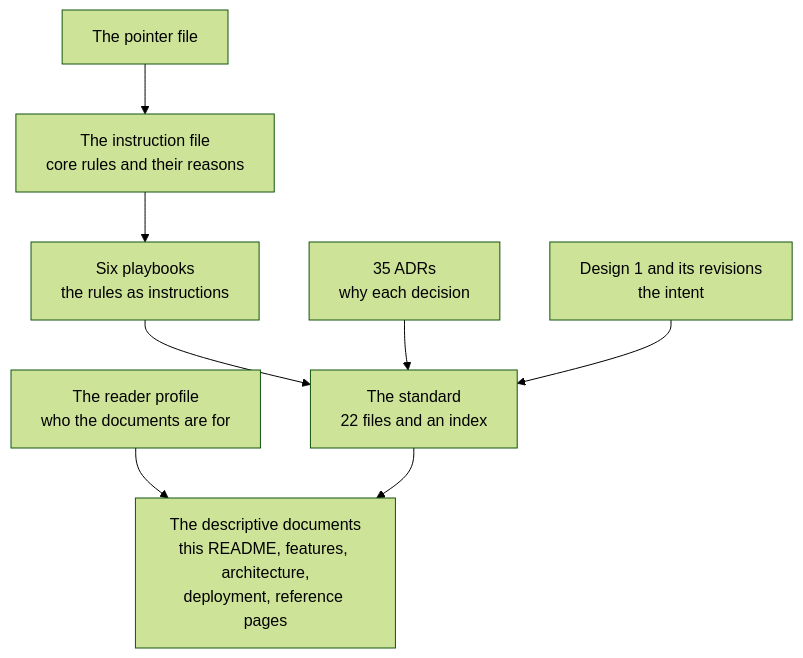
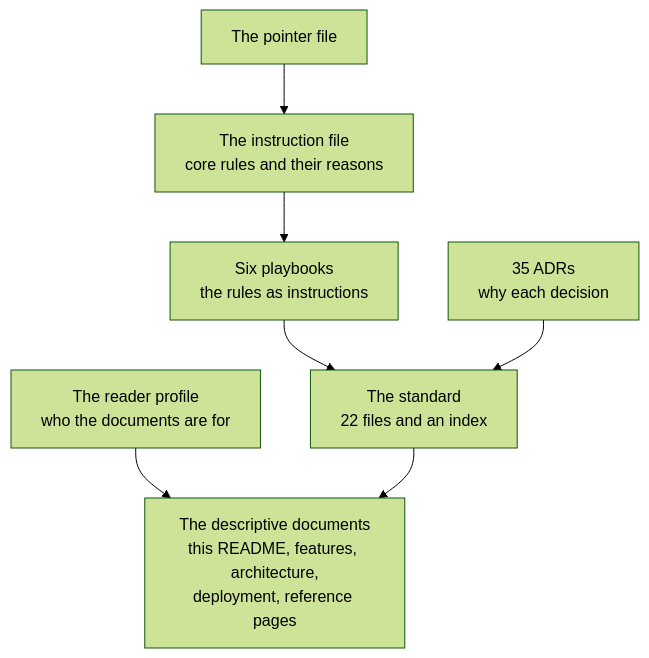
The second of 5 diagrams in README.md (chandanbsd/baseline-framework), drawn with Mermaid (forest theme) before and after one commit. The commit also changed other lines of this file and 64 other files, not shown here.

````diff
--- a/README.md
+++ b/README.md
@@ -19,10 +19,9 @@
 ```mermaid
 flowchart TB
     CL["The pointer file"] --> AG["The instruction file<br/>core rules and their reasons"]
     AG --> PB["Six playbooks<br/>the rules as instructions"]
     PB --> ST["The standard<br/>22 files and an index"]
     ADR["35 ADRs<br/>why each decision"] --> ST
-    SP["Design 1 and its revisions<br/>the intent"] --> ST
     RP["The reader profile<br/>who the documents are for"] --> DOC["The descriptive documents<br/>this README, features, architecture,<br/>deployment, reference pages"]
     ST --> DOC
 ```
````
